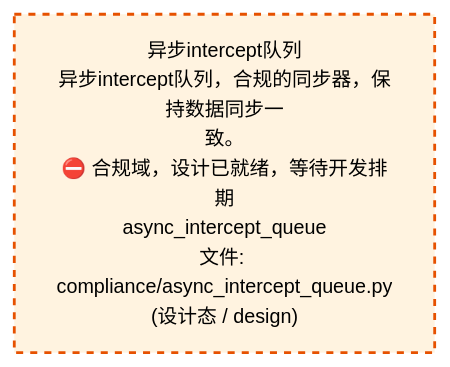
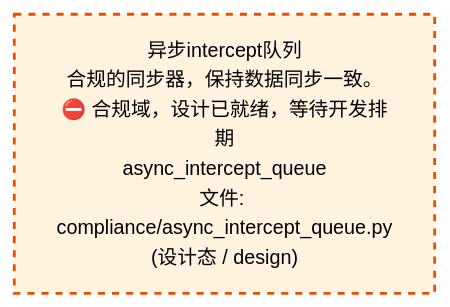
The third of 4 diagrams in docs/02_enterprise_architecture/02_domain_architecture_docs/38_d_compliance.md (xuanFelixVan/ZephyrAlpha), drawn with Mermaid before and after one commit. The commit also changed other lines of this file and 61 other files, not shown here.

````diff
--- a/docs/02_enterprise_architecture/02_domain_architecture_docs/38_d_compliance.md
+++ b/docs/02_enterprise_architecture/02_domain_architecture_docs/38_d_compliance.md
@@ -109,10 +109,10 @@
 ```mermaid
 %%{init: {'theme': 'base', 'themeVariables': {'primaryColor': '#eaeaea', 'primaryTextColor': '#333333', 'primaryBorderColor': '#666666', 'lineColor': '#666666', 'secondaryColor': '#eaeaea', 'tertiaryColor': '#eaeaea', 'fontSize': '14px'}}}%%
 flowchart TD
-    src_zephyr_compliance_async_intercept_queue_py["异步intercept队列<br/>异步intercept队列，合规的同步器，保持数据同步一<br/>致。<br/>⛔ 合规域，设计已就绪，等待开发排期<br/>async_intercept_queue<br/>文件: compliance/async_intercept_queue.py<br/>(设计态 / design)"]
+    src_zephyr_compliance_async_intercept_queue_py["异步intercept队列<br/>合规的同步器，保持数据同步一致。<br/>⛔ 合规域，设计已就绪，等待开发排期<br/>async_intercept_queue<br/>文件: compliance/async_intercept_queue.py<br/>(设计态 / design)"]
     classDef production fill:#e1f5fe,stroke:#01579b,stroke-width:2px,color:#000
     classDef design fill:#fff3e0,stroke:#e65100,stroke-width:2px,color:#000,stroke-dasharray: 5 5
     classDef external_prod fill:#e8f4fd,stroke:#0277bd,stroke-width:1px,color:#000
     classDef external_design fill:#fff8e7,stroke:#ef6c00,stroke-width:1px,color:#000,stroke-dasharray: 5 5
     class src_zephyr_compliance_async_intercept_queue_py design
 ```
````
